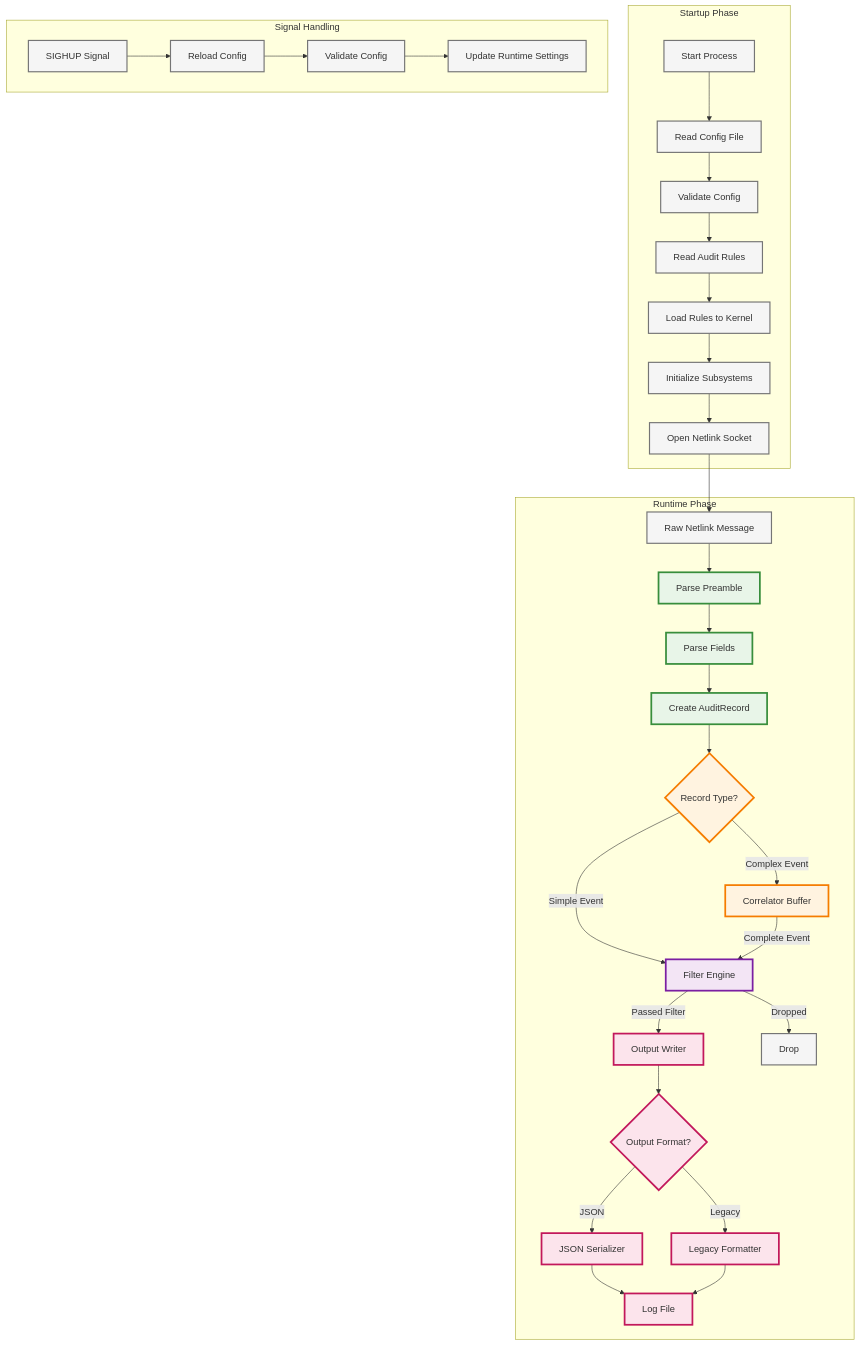
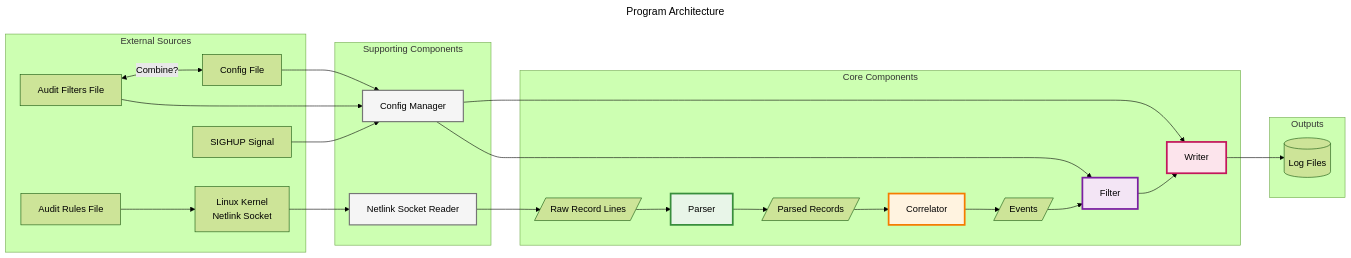
One commit to RamiDarwiche/auditrs changed the diagram in README.md. Above: the diagram before and after it, drawn with Mermaid. The commit also changed other lines of this file, not shown here.

````diff
--- a/README.md
+++ b/README.md
@@ -3,52 +16,64 @@
 ```mermaid
-flowchart TD
-    subgraph "Startup Phase"
-        ST[Start Process] --> RC[Read Config File]
-        RC --> VC[Validate Config]
-        VC --> RR[Read Audit Rules]
-        RR --> LR[Load Rules to Kernel]
-        LR --> IS[Initialize Subsystems]
-        IS --> OS[Open Netlink Socket]
+---
+title: Program Architecture
+config:
+  theme: forest
+---
+graph LR
+    subgraph "External Sources"
+        Kernel[Linux Kernel<br/>Netlink Socket]
+        RulesFile[Audit Rules File]
+        ConfigFile[Config File]
+        FiltersFile[Audit Filters File]
+        SIGHUP[SIGHUP Signal]
+    end
+  
+    subgraph "Supporting Components"
+        Config[Config Manager]
+        NetlinkReader[Netlink Socket Reader]
+    end
+
+    subgraph "Core Components"
+        Parser[Parser]
+        Correlator[Correlator]
+        Filter[Filter]
+        Writer[Writer]
+        Raw@{shape: lean-r, label: "Raw Record Lines"}
+        Parsed@{shape: lean-r, label: "Parsed Records"}
+        Events@{shape: lean-r, label: "Events"}
     end
     
-    subgraph "Runtime Phase"
-        A[Raw Netlink Message] --> B[Parse Preamble]
-        B --> C[Parse Fields]
-        C --> D[Create AuditRecord]
+    subgraph "Outputs"
+        LogFiles[(Log Files)]
         
-        D --> E{Record Type?}
-        E -->|Complex Event| F[Correlator Buffer]
-        E -->|Simple Event| G[Filter Engine]
-        
-        F -->|Complete Event| G
-        G -->|Passed Filter| H[Output Writer]
-        G -->|Dropped| I[Drop]
-        
-        H --> J{Output Format?}
-        J -->|JSON| K[JSON Serializer]
-        J -->|Legacy| L[Legacy Formatter]
-        
-        K --> M[Log File]
-        L --> M
     end
-    
-    subgraph "Signal Handling"
-        SIG[SIGHUP Signal] --> RC2[Reload Config]
-        RC2 --> VC2[Validate Config]
-        VC2 --> UP[Update Runtime Settings]
-    end
-    
-    OS --> A
+  
+    RulesFile --> Kernel
+    FiltersFile <--> | Combine? | ConfigFile
+  
+    ConfigFile --> Config
+    FiltersFile --> Config
+    SIGHUP --> Config
+  
+    Config --> Filter
+    Config --> Writer
+    Kernel --> NetlinkReader
+  
+    NetlinkReader --> Raw --> Parser
+    Parser --> Parsed --> Correlator
+    Correlator --> Events --> Filter
+    Filter --> Writer
+    Writer --> LogFiles
     
     classDef parser fill:#e8f5e8,stroke:#388e3c,stroke-width:3px
     classDef correlator fill:#fff3e0,stroke:#f57c00,stroke-width:3px
     classDef filter fill:#f3e5f5,stroke:#7b1fa2,stroke-width:3px
     classDef writer fill:#fce4ec,stroke:#c2185b,stroke-width:3px
-    classDef unknown fill:#f5f5f5,stroke:#757575,stroke-width:2px
+    classDef support fill:#f5f5f5,stroke:#757575,stroke-width:2px
     
-    class B,C,D parser
-    class E,F correlator
-    class G filter
-    class H,J,K,L,M writer
-    class ST,RC,VC,RR,LR,IS,OS,A,SIG,RC2,VC2,UP,I unknown
+    class Parser parser
+    class Correlator correlator
+    class Filter filter
+    class Writer writer
+    class Config,NetlinkReader support
 ```
````
